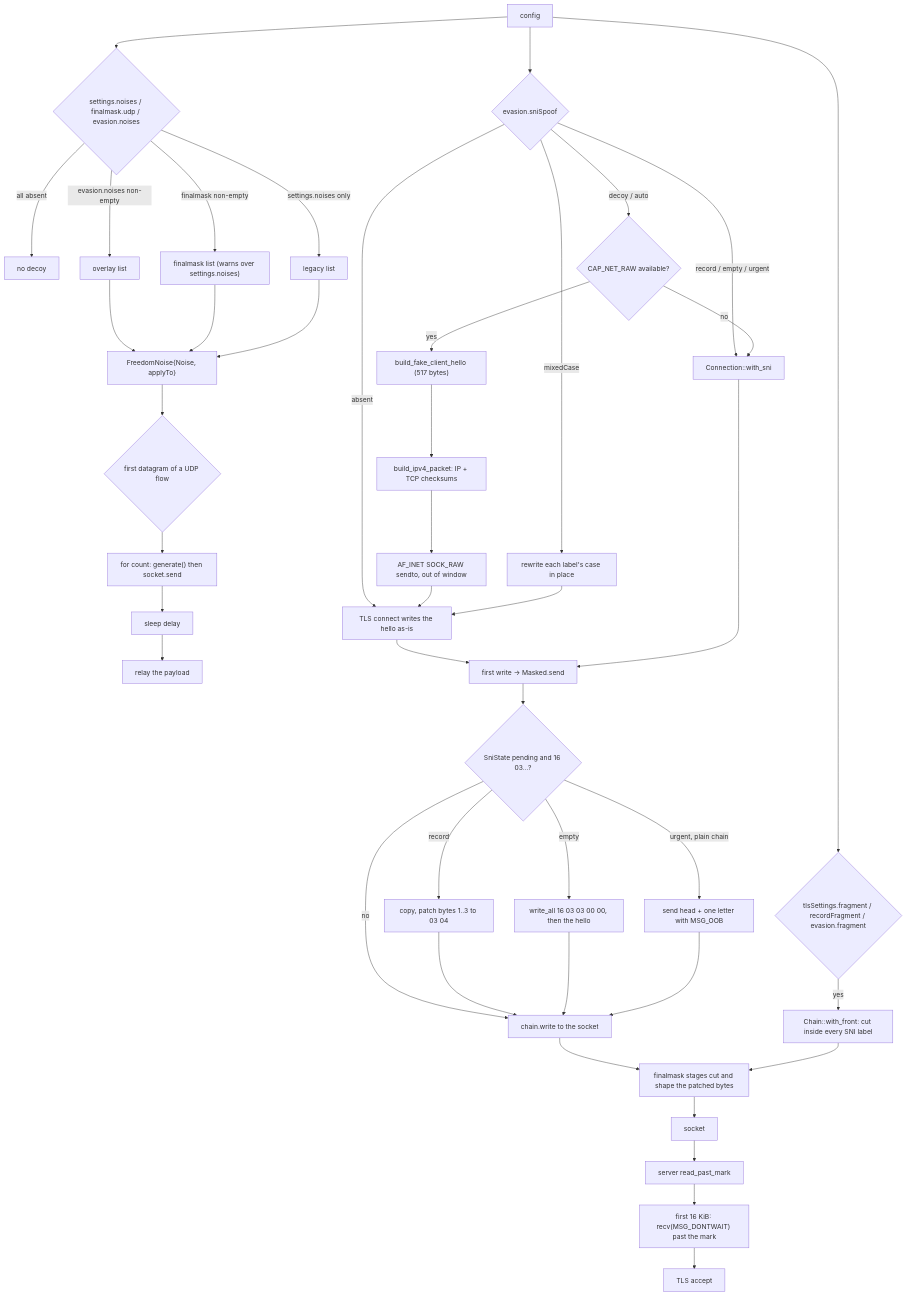
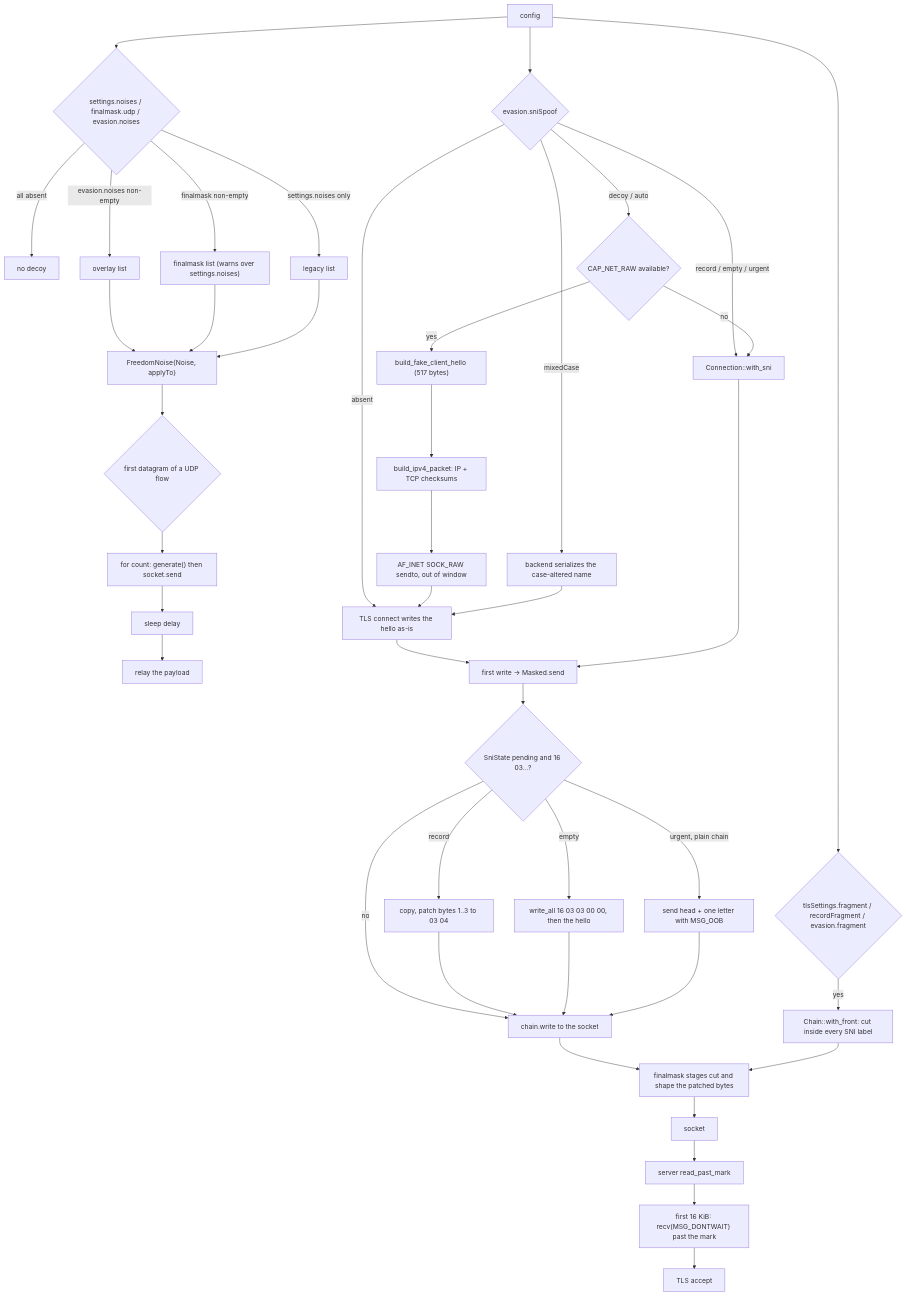
Before and after one commit to ferroxdev/ferrox: the diagram in docs/function/obfs-evasion.md, drawn with Mermaid. The commit also changed other lines of this file and 5 other files, not shown here.

Commit message:
evasion: cut every hello, hash the mixed name and retain refused records

````diff
--- a/docs/function/obfs-evasion.md
+++ b/docs/function/obfs-evasion.md
@@ -106,44 +109,44 @@
 ```mermaid
 graph TD
     C["config"] --> N{"settings.noises / finalmask.udp / evasion.noises"}
     N -- "all absent" --> Z["no decoy"]
     N -- "evasion.noises non-empty" --> L["overlay list"]
     N -- "finalmask non-empty" --> M["finalmask list (warns over settings.noises)"]
     N -- "settings.noises only" --> G["legacy list"]
     L --> P["FreedomNoise{Noise, applyTo}"]
     M --> P
     G --> P
     P --> W{"first datagram of a UDP flow"}
     W --> Q["for count: generate() then socket.send"]
     Q --> D["sleep delay"]
     D --> R["relay the payload"]
     C --> S{"evasion.sniSpoof"}
     S -- absent --> H["TLS connect writes the hello as-is"]
-    S -- "mixedCase" --> MC["rewrite each label's case in place"]
+    S -- "mixedCase" --> MC["backend serializes the case-altered name"]
     S -- "record / empty / urgent" --> A["Connection::with_sni"]
     S -- "decoy / auto" --> I{"CAP_NET_RAW available?"}
     I -- yes --> J["build_fake_client_hello (517 bytes)"]
     J --> K["build_ipv4_packet: IP + TCP checksums"]
     K --> X["AF_INET SOCK_RAW sendto, out of window"]
     X --> H
     I -- no --> A
     MC --> H
     H --> W2["first write → Masked.send"]
     A --> W2
     W2 --> SH{"SniState pending and 16 03…?"}
     SH -- record --> RV["copy, patch bytes 1..3 to 03 04"]
     SH -- empty --> ER["write_all 16 03 03 00 00, then the hello"]
     SH -- "urgent, plain chain" --> UO["send head + one letter with MSG_OOB"]
     SH -- no --> PL["chain.write to the socket"]
     RV --> PL
     ER --> PL
     UO --> PL
     PL --> FX["finalmask stages cut and shape the patched bytes"]
     C --> F{"tlsSettings.fragment / recordFragment / evasion.fragment"}
     F -- yes --> FR["Chain::with_front: cut inside every SNI label"]
     FR --> FX
     FX --> socket["socket"]
     socket --> SV["server read_past_mark"]
     SV --> DR["first 16 KiB: recv(MSG_DONTWAIT) past the mark"]
     DR --> TL["TLS accept"]
 ```
````
